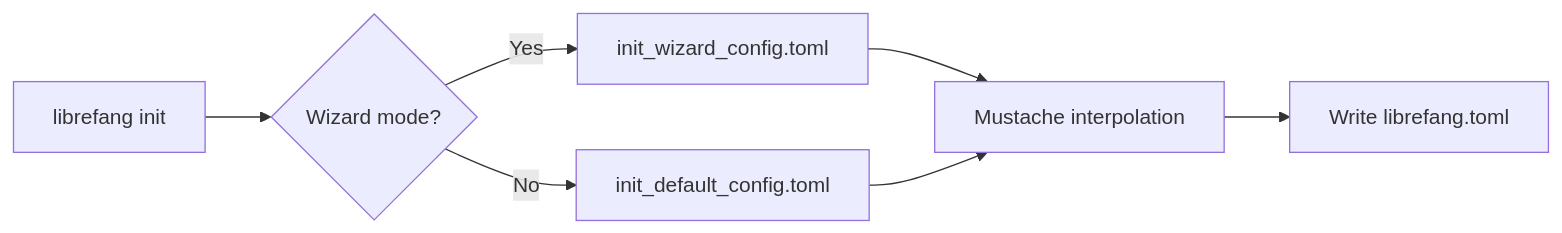
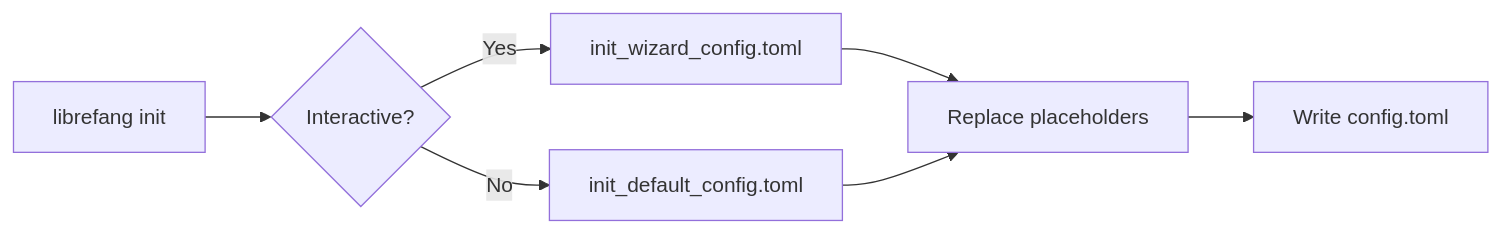
One commit to leszek3737/librefang-WIki changed the diagram in other-librefang-cli-templates.md. Above: the diagram before and after it, drawn with Mermaid. The commit also changed other lines of this file and 100 other files, not shown here.

````diff
--- a/other-librefang-cli-templates.md
+++ b/other-librefang-cli-templates.md
@@ -39,9 +40,9 @@
 ```mermaid
 flowchart LR
-    A["librefang init"] --> B{Wizard mode?}
-    B -- Yes --> C["init_wizard_config.toml"]
-    B -- No --> D["init_default_config.toml"]
-    C --> E["Mustache interpolation"]
+    A[librefang init] --> B{Interactive?}
+    B -- Yes --> C[init_wizard_config.toml]
+    B -- No --> D[init_default_config.toml]
+    C --> E[Replace placeholders]
     D --> E
-    E --> F["Write librefang.toml"]
+    E --> F[Write config.toml]
 ```
````
